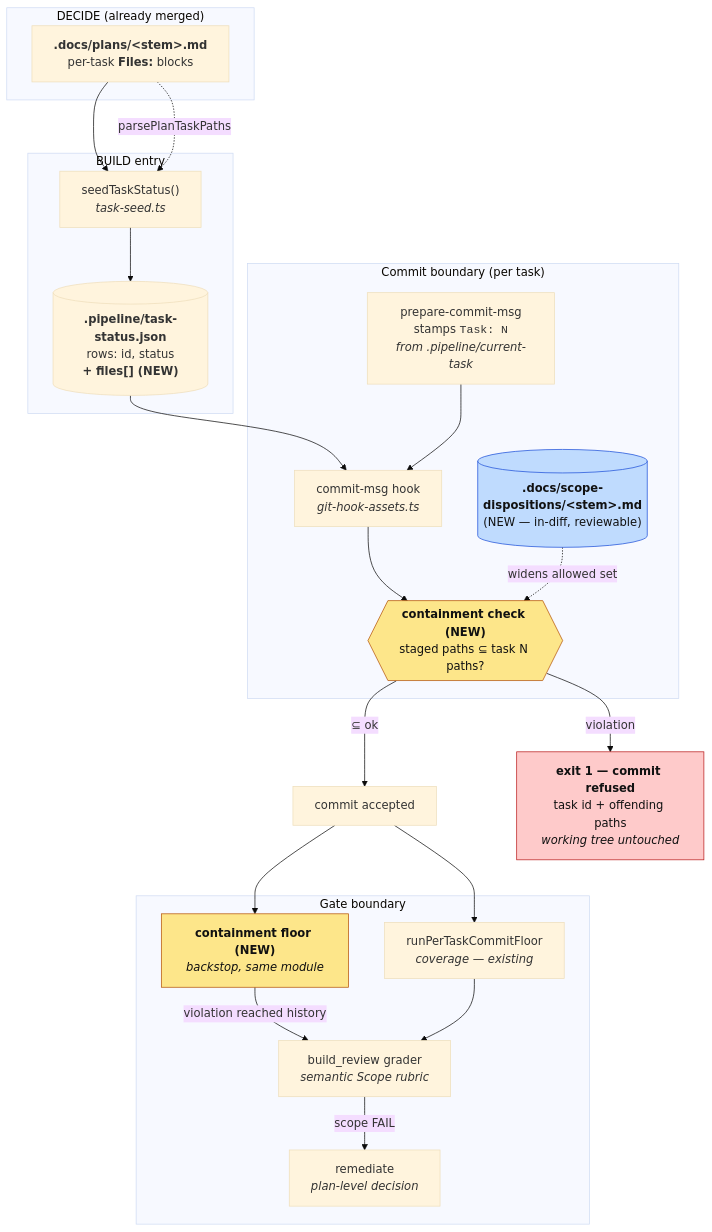
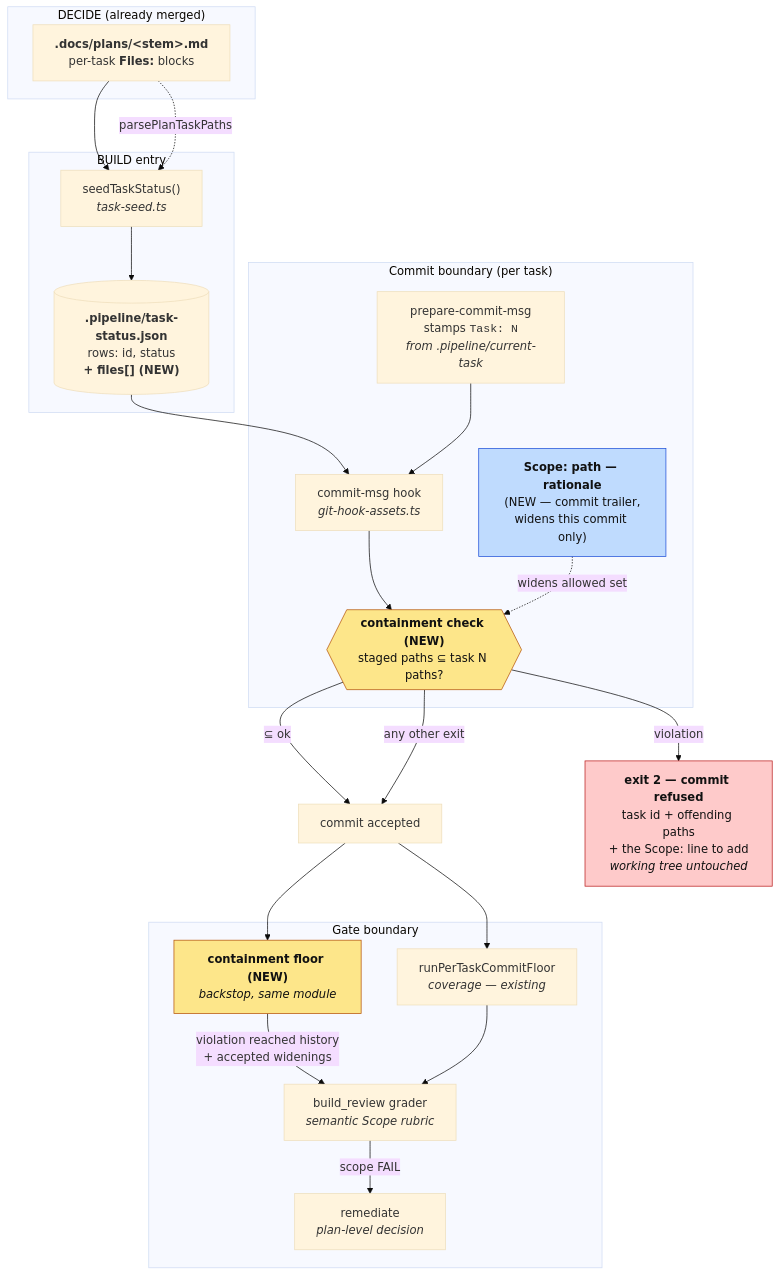
The first of 2 diagrams in .docs/architecture/pipeline-commits-files-outside-the-active-plan-bef.md (jstoup111/ai-conductor), drawn with Mermaid (base theme) before and after one commit. The commit also changed other lines of this file and 6 other files, not shown here.

First line of the commit message:
spec: propagate the Scope: trailer design across the feature's artifacts

````diff
--- a/.docs/architecture/pipeline-commits-files-outside-the-active-plan-bef.md
+++ b/.docs/architecture/pipeline-commits-files-outside-the-active-plan-bef.md
@@ -17,43 +17,44 @@
 ```mermaid
 flowchart TD
     subgraph decide["DECIDE (already merged)"]
         plan["<b>.docs/plans/&lt;stem&gt;.md</b><br/>per-task <b>Files:</b> blocks"]
     end
 
     subgraph entry["BUILD entry"]
         seed["seedTaskStatus()<br/><i>task-seed.ts</i>"]
         status[("<b>.pipeline/task-status.json</b><br/>rows: id, status<br/><b>+ files[] (NEW)</b>")]
     end
 
     subgraph commit["Commit boundary (per task)"]
         stamp["prepare-commit-msg<br/>stamps <code>Task: N</code><br/><i>from .pipeline/current-task</i>"]
         msg["commit-msg hook<br/><i>git-hook-assets.ts</i>"]
         contain{{"<b>containment check (NEW)</b><br/>staged paths ⊆ task N paths?"}}
-        disp[("<b>.docs/scope-dispositions/&lt;stem&gt;.md</b><br/>(NEW — in-diff, reviewable)")]
+        disp["<b>Scope: path — rationale</b><br/>(NEW — commit trailer,<br/>widens this commit only)"]
     end
 
     subgraph gates["Gate boundary"]
         floor["runPerTaskCommitFloor<br/><i>coverage — existing</i>"]
         cfloor["<b>containment floor (NEW)</b><br/><i>backstop, same module</i>"]
         review["build_review grader<br/><i>semantic Scope rubric</i>"]
         remediate["remediate<br/><i>plan-level decision</i>"]
     end
 
     plan --> seed --> status
     status --> msg
     plan -.->|"parsePlanTaskPaths"| seed
     stamp --> msg --> contain
     disp -.->|"widens allowed set"| contain
     contain -->|"⊆ ok"| accept["commit accepted"]
-    contain -->|"violation"| reject["<b>exit 1 — commit refused</b><br/>task id + offending paths<br/><i>working tree untouched</i>"]
+    contain -->|"violation"| reject["<b>exit 2 — commit refused</b><br/>task id + offending paths<br/>+ the Scope: line to add<br/><i>working tree untouched</i>"]
+    contain -->|"any other exit"| accept
     accept --> floor
     accept --> cfloor
-    cfloor -->|"violation reached history"| review
+    cfloor -->|"violation reached history<br/>+ accepted widenings"| review
     floor --> review
     review -->|"scope FAIL"| remediate
 
     style contain fill:#fde68a,stroke:#b45309,color:#111
     style cfloor fill:#fde68a,stroke:#b45309,color:#111
     style reject fill:#fecaca,stroke:#b91c1c,color:#111
     style disp fill:#bfdbfe,stroke:#1d4ed8,color:#111
 ```
````
